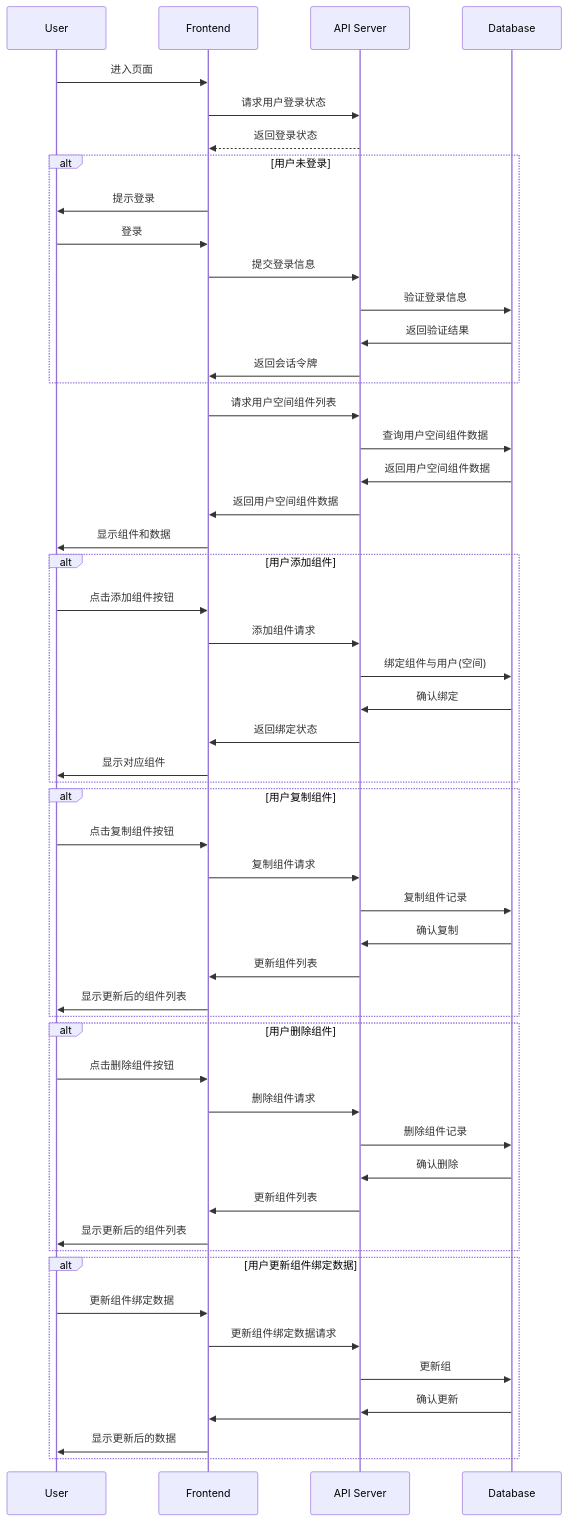
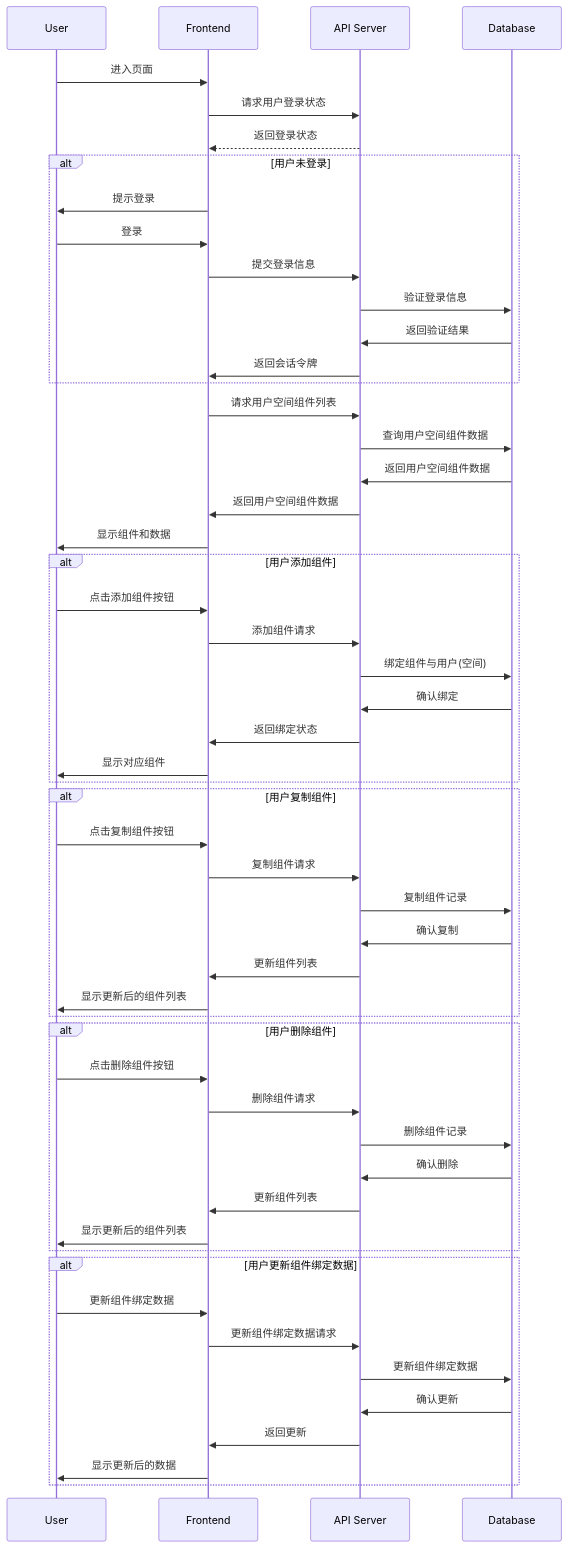
One commit to yingjianzh/iodraw-files changed the diagram in all/未命名-7.md. Above: the diagram before and after it, drawn with Mermaid.

Commit message:
2024-10-09 10:29:26 update

````diff
--- a/all/未命名-7.md
+++ b/all/未命名-7.md
@@ -1,62 +1,62 @@
 ```mermaid
 sequenceDiagram
     participant User
     participant Frontend
     participant API Server
     participant Database
 
     User->>Frontend: 进入页面
     Frontend->>API Server: 请求用户登录状态
     API Server-->>Frontend: 返回登录状态
     alt 用户未登录
         Frontend->>User: 提示登录
         User->>Frontend: 登录
         Frontend->>API Server: 提交登录信息
         API Server->>Database: 验证登录信息
         Database->>API Server: 返回验证结果
         API Server->>Frontend: 返回会话令牌
     end
 
     Frontend->>API Server: 请求用户空间组件列表
     API Server->>Database: 查询用户空间组件数据
     Database->>API Server: 返回用户空间组件数据
     API Server->>Frontend: 返回用户空间组件数据
     Frontend->>User: 显示组件和数据
 
     alt 用户添加组件
         User->>Frontend: 点击添加组件按钮
         Frontend->>API Server: 添加组件请求
         API Server->>Database: 绑定组件与用户(空间)
         Database->>API Server: 确认绑定
         API Server->>Frontend: 返回绑定状态
         Frontend->>User: 显示对应组件
     end
 
     alt 用户复制组件
         User->>Frontend: 点击复制组件按钮
         Frontend->>API Server: 复制组件请求
         API Server->>Database: 复制组件记录
         Database->>API Server: 确认复制
         API Server->>Frontend: 更新组件列表
         Frontend->>User: 显示更新后的组件列表
     end
 
     alt 用户删除组件
         User->>Frontend: 点击删除组件按钮
         Frontend->>API Server: 删除组件请求
         API Server->>Database: 删除组件记录
         Database->>API Server: 确认删除
         API Server->>Frontend: 更新组件列表
         Frontend->>User: 显示更新后的组件列表
     end
 
     alt 用户更新组件绑定数据
         User->>Frontend: 更新组件绑定数据
         Frontend->>API Server: 更新组件绑定数据请求
-        API Server->>Database: 更新组
+        API Server->>Database: 更新组件绑定数据
         Database->>API Server: 确认更新
-        API Server->>Frontend: 
+        API Server->>Frontend: 返回更新
         Frontend->>User: 显示更新后的数据
     end
 
 ```
````
